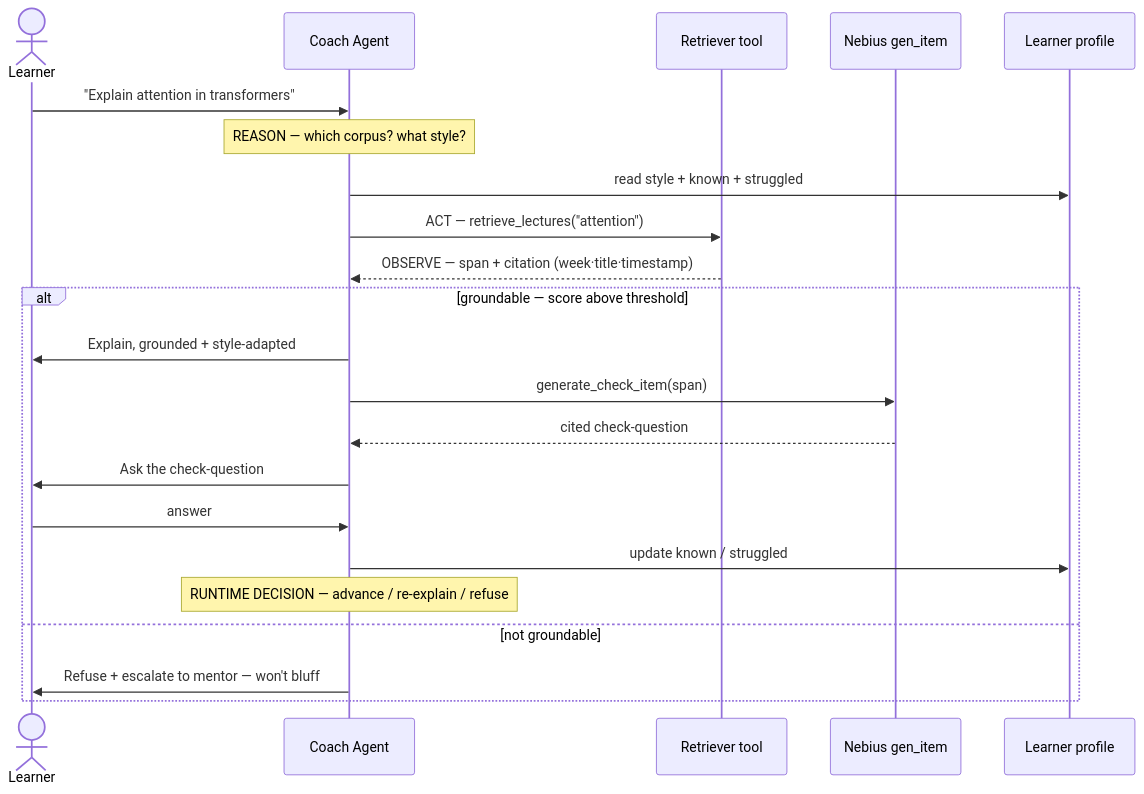
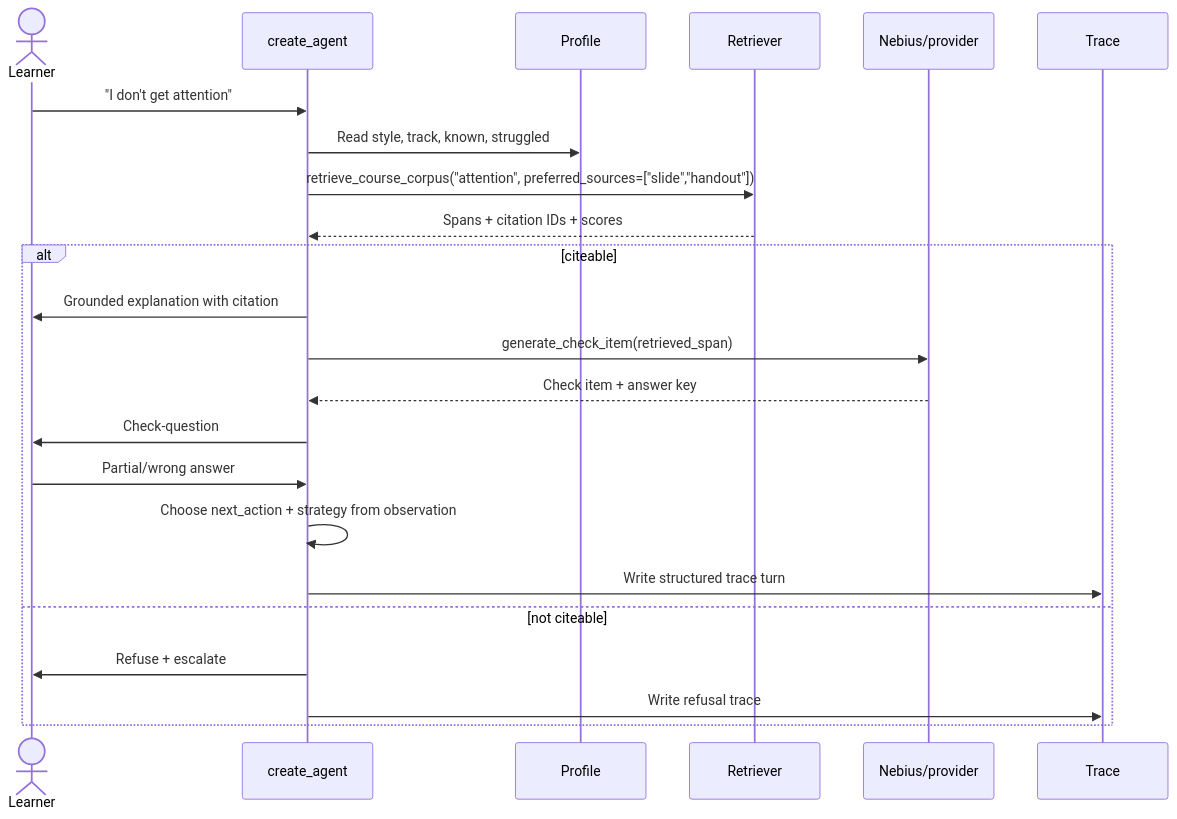
The third of 7 diagrams in docs/architecture-diagrams.md (manjunath84/genacademy-coach), drawn with Mermaid before and after one commit. The commit also changed other lines of this file and 13 other files, not shown here.

Commit message:
docs: align constitution with Week 3 handout

````diff
--- a/docs/architecture-diagrams.md
+++ b/docs/architecture-diagrams.md
@@ -127,25 +109,26 @@
 ```mermaid
 sequenceDiagram
     actor L as Learner
-    participant A as Coach Agent
-    participant T as Retriever tool
-    participant N as Nebius gen_item
-    participant P as Learner profile
+    participant A as create_agent
+    participant P as Profile
+    participant R as Retriever
+    participant N as Nebius/provider
+    participant T as Trace
 
-    L->>A: "Explain attention in transformers"
-    Note over A: REASON — which corpus? what style?
-    A->>P: read style + known + struggled
-    A->>T: ACT — retrieve_lectures("attention")
-    T-->>A: OBSERVE — span + citation (week·title·timestamp)
-    alt groundable — score above threshold
-        A->>L: Explain, grounded + style-adapted
-        A->>N: generate_check_item(span)
-        N-->>A: cited check-question
-        A->>L: Ask the check-question
-        L->>A: answer
-        A->>P: update known / struggled
-        Note over A: RUNTIME DECISION — advance / re-explain / refuse
-    else not groundable
-        A->>L: Refuse + escalate to mentor — won't bluff
+    L->>A: "I don't get attention"
+    A->>P: Read style, track, known, struggled
+    A->>R: retrieve_course_corpus("attention", preferred_sources=["slide","handout"])
+    R-->>A: Spans + citation IDs + scores
+    alt citeable
+        A->>L: Grounded explanation with citation
+        A->>N: generate_check_item(retrieved_span)
+        N-->>A: Check item + answer key
+        A->>L: Check-question
+        L->>A: Partial/wrong answer
+        A->>A: Choose next_action + strategy from observation
+        A->>T: Write structured trace turn
+    else not citeable
+        A->>L: Refuse + escalate
+        A->>T: Write refusal trace
     end
 ```
````
